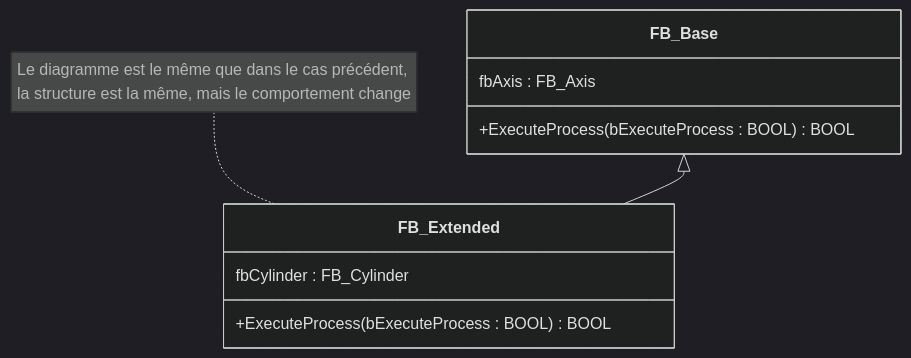
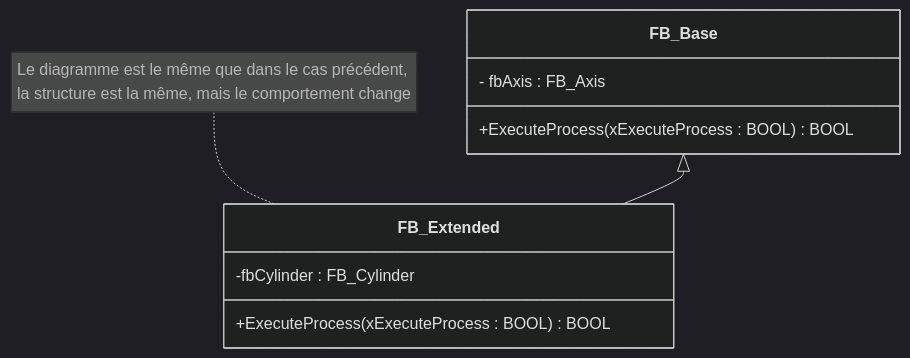
The sixth of 8 diagrams in AAut_MOD_01_IEC_61131_OOP_Introduction/Programmation_IEC_61131_3_FR.md (hei-synd-aaut/aaut-docs), drawn with Mermaid (dark theme) before and after one commit. The commit also changed other lines of this file and 1 other file, not shown here.

````diff
--- a/AAut_MOD_01_IEC_61131_OOP_Introduction/Programmation_IEC_61131_3_FR.md
+++ b/AAut_MOD_01_IEC_61131_OOP_Introduction/Programmation_IEC_61131_3_FR.md
@@ -767,17 +767,17 @@
 ```mermaid
 classDiagram
     class FB_Base {
-        fbAxis : FB_Axis
-        +ExecuteProcess(bExecuteProcess : BOOL) BOOL
+        - fbAxis : FB_Axis
+        +ExecuteProcess(xExecuteProcess : BOOL) BOOL
     }
     
     class FB_Extended {
-        fbCylinder : FB_Cylinder
-        +ExecuteProcess(bExecuteProcess : BOOL) BOOL
+        -fbCylinder : FB_Cylinder
+        +ExecuteProcess(xExecuteProcess : BOOL) BOOL
     }
 
     FB_Base <|-- FB_Extended
 
 note for FB_Extended "Le diagramme est le même que dans le cas précédent,
 la structure est la même, mais le comportement change"  
 ```
````
